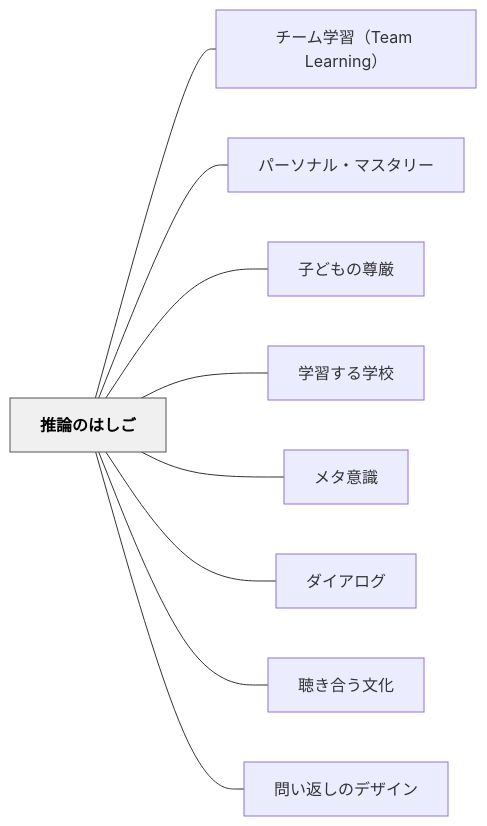
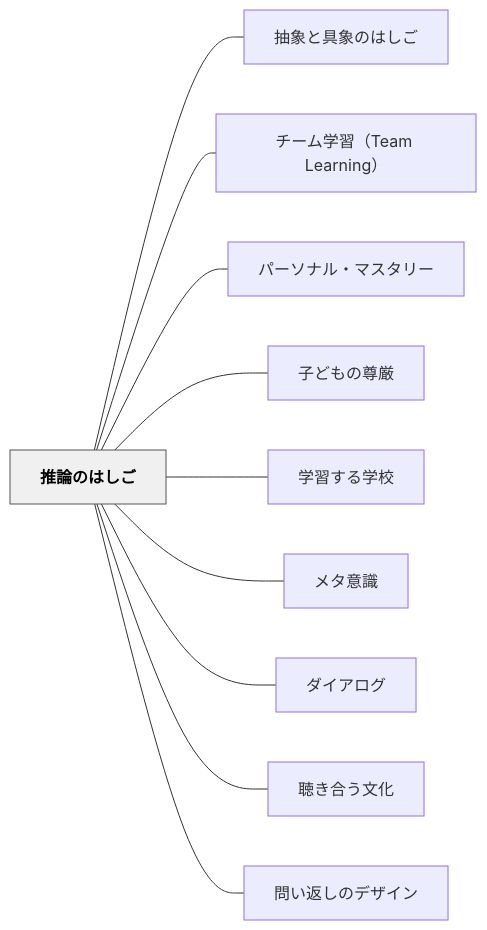
One commit to unknownthings-ed-patterns/unknownthings-ed-patterns changed the diagram in content/パタン/推論のはしご.md. Above: the diagram before and after it, drawn with Mermaid. The commit also changed other lines of this file and 185 other files, not shown here.

````diff
--- a/content/パタン/推論のはしご.md
+++ b/content/パタン/推論のはしご.md
@@ -107,24 +108,26 @@
 ```mermaid
 flowchart LR
     ne68ea8e8ab96e381aee381afe38197e38194["推論のはしご"]
+    ne68abde8b1a1e381a8e585b7e8b1a1e381aee381afe38197e38194["抽象と具象のはしご"]
     ne38381e383bce383a0e5ada6e7bf92efbc885465616d204c6561726e696e67efbc89["チーム学習（Team Learning）"]
     ne38391e383bce382bde3838ae383abe383bbe3839ee382b9e382bfe383aae383bc["パーソナル・マスタリー"]
     ne5ad90e381a9e38282e381aee5b08ae58eb3["子どもの尊厳"]
     ne5ada6e7bf92e38199e3828be5ada6e6a0a1["学習する学校"]
     ne383a1e382bfe6848fe8ad98["メタ意識"]
     ne38380e382a4e382a2e383ade382b0["ダイアログ"]
     ne881b4e3818de59088e38186e69687e58c96["聴き合う文化"]
     ne5958fe38184e8bf94e38197e381aee38387e382b6e382a4e383b3["問い返しのデザイン"]
 
+    ne68ea8e8ab96e381aee381afe38197e38194 --- ne68abde8b1a1e381a8e585b7e8b1a1e381aee381afe38197e38194
     ne68ea8e8ab96e381aee381afe38197e38194 --- ne38381e383bce383a0e5ada6e7bf92efbc885465616d204c6561726e696e67efbc89
     ne68ea8e8ab96e381aee381afe38197e38194 --- ne38391e383bce382bde3838ae383abe383bbe3839ee382b9e382bfe383aae383bc
     ne68ea8e8ab96e381aee381afe38197e38194 --- ne5ad90e381a9e38282e381aee5b08ae58eb3
     ne68ea8e8ab96e381aee381afe38197e38194 --- ne5ada6e7bf92e38199e3828be5ada6e6a0a1
     ne68ea8e8ab96e381aee381afe38197e38194 --- ne383a1e382bfe6848fe8ad98
     ne68ea8e8ab96e381aee381afe38197e38194 --- ne38380e382a4e382a2e383ade382b0
     ne68ea8e8ab96e381aee381afe38197e38194 --- ne881b4e3818de59088e38186e69687e58c96
     ne68ea8e8ab96e381aee381afe38197e38194 --- ne5958fe38184e8bf94e38197e381aee38387e382b6e382a4e383b3
 
     classDef hub fill:#f0f0f0,stroke:#555,color:#000,font-weight:bold
     class ne68ea8e8ab96e381aee381afe38197e38194 hub
 ```
````
